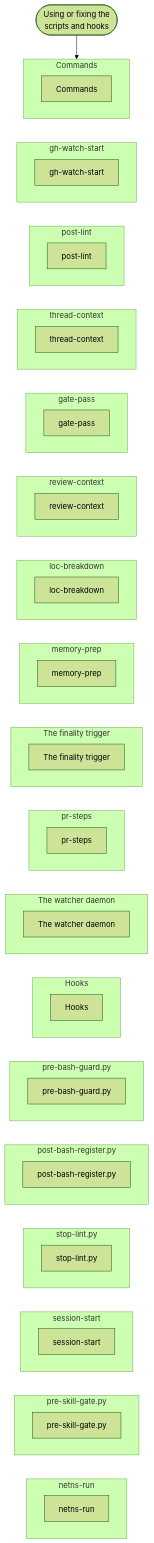
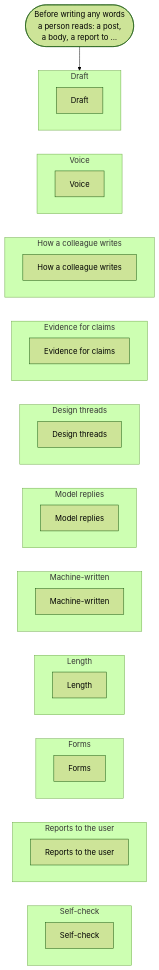
Diagram 15 of 16 in docs/graphs.md (nitedani-agent/mergeworthy), drawn with Mermaid (forest theme) before and after one commit. The commit also changed other lines of this file and 60 other files, not shown here.

````diff
--- a/docs/graphs.md
+++ b/docs/graphs.md
@@ -510,76 +400,48 @@
 ```mermaid
 flowchart TB
-  start(["Using or fixing the<br/>scripts and hooks"])
-  subgraph g0["Commands"]
-    s0["Commands"]
+  start(["Before writing any words<br/>a person reads: a post,<br/>a body, a report to …"])
+  subgraph g0["Draft"]
+    s0["Draft"]
   end
-  subgraph g1["gh-watch-start"]
-    s1["gh-watch-start"]
+  subgraph g1["Voice"]
+    s1["Voice"]
   end
-  subgraph g2["post-lint"]
-    s2["post-lint"]
+  subgraph g2["How a colleague writes"]
+    s2["How a colleague writes"]
   end
-  subgraph g3["thread-context"]
-    s3["thread-context"]
+  subgraph g3["Evidence for claims"]
+    s3["Evidence for claims"]
   end
-  subgraph g4["gate-pass"]
-    s4["gate-pass"]
+  subgraph g4["Design threads"]
+    s4["Design threads"]
   end
-  subgraph g5["review-context"]
-    s5["review-context"]
+  subgraph g5["Model replies"]
+    s5["Model replies"]
   end
-  subgraph g6["loc-breakdown"]
-    s6["loc-breakdown"]
+  subgraph g6["Machine-written"]
+    s6["Machine-written"]
   end
-  subgraph g7["memory-prep"]
-    s7["memory-prep"]
+  subgraph g7["Length"]
+    s7["Length"]
   end
-  subgraph g8["The finality trigger"]
-    s8["The finality trigger"]
+  subgraph g8["Forms"]
+    s8["Forms"]
   end
-  subgraph g9["pr-steps"]
-    s9["pr-steps"]
+  subgraph g9["Reports to the user"]
+    s9["Reports to the user"]
   end
-  subgraph g10["The watcher daemon"]
-    s10["The watcher daemon"]
-  end
-  subgraph g11["Hooks"]
-    s11["Hooks"]
-  end
-  subgraph g12["pre-bash-guard.py"]
-    s12["pre-bash-guard.py"]
-  end
-  subgraph g13["post-bash-register.py"]
-    s13["post-bash-register.py"]
-  end
-  subgraph g14["stop-lint.py"]
-    s14["stop-lint.py"]
-  end
-  subgraph g15["session-start"]
-    s15["session-start"]
-  end
-  subgraph g16["pre-skill-gate.py"]
-    s16["pre-skill-gate.py"]
-  end
-  subgraph g17["netns-run"]
-    s17["netns-run"]
+  subgraph g10["Self-check"]
+    s10["Self-check"]
   end
   start --> g0
   g0 ~~~ g1
   g1 ~~~ g2
   g2 ~~~ g3
   g3 ~~~ g4
   g4 ~~~ g5
   g5 ~~~ g6
   g6 ~~~ g7
   g7 ~~~ g8
   g8 ~~~ g9
   g9 ~~~ g10
-  g10 ~~~ g11
-  g11 ~~~ g12
-  g12 ~~~ g13
-  g13 ~~~ g14
-  g14 ~~~ g15
-  g15 ~~~ g16
-  g16 ~~~ g17
 ```
````
